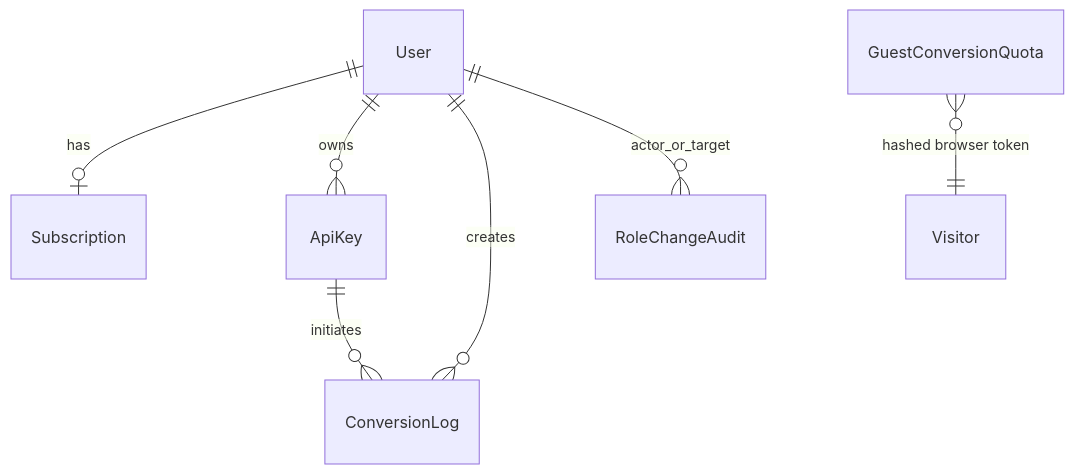
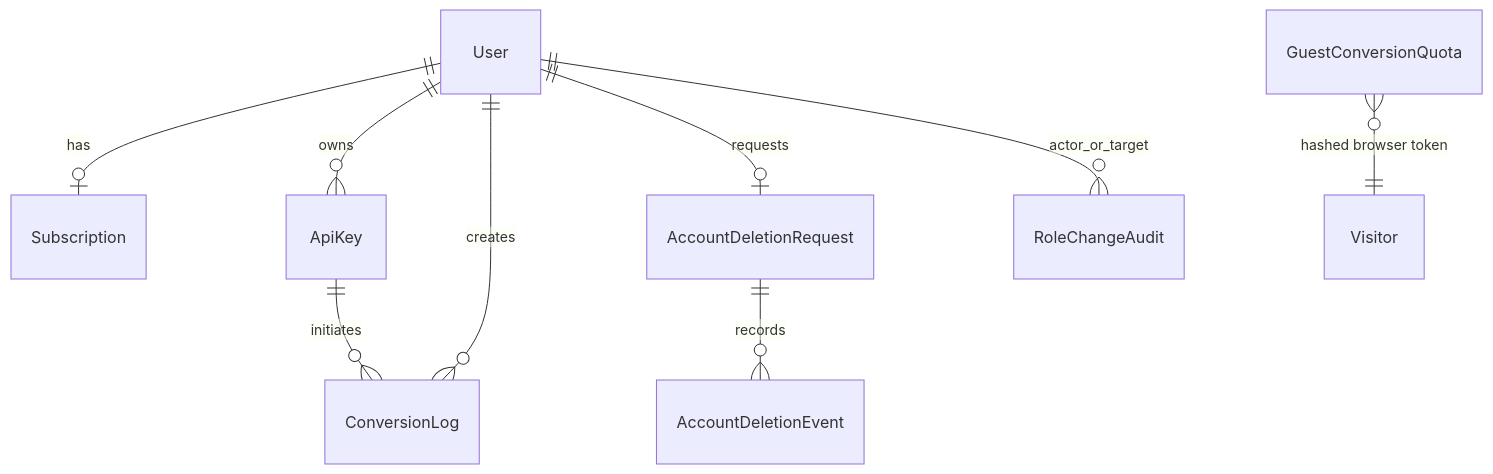
One commit to OlegBon/ip-js_plus_deep_ai-2026-07 changed the diagram in convertly-hub/docs/guides/database.md. Above: the diagram before and after it, drawn with Mermaid. The commit also changed other lines of this file and 9 other files, not shown here.

````diff
--- a/convertly-hub/docs/guides/database.md
+++ b/convertly-hub/docs/guides/database.md
@@ -25,9 +25,11 @@
 ```mermaid
 erDiagram
   User ||--o| Subscription : has
   User ||--o{ ApiKey : owns
   User ||--o{ ConversionLog : creates
+  User ||--o| AccountDeletionRequest : requests
+  AccountDeletionRequest ||--o{ AccountDeletionEvent : records
   ApiKey ||--o{ ConversionLog : initiates
   User ||--o{ RoleChangeAudit : actor_or_target
   GuestConversionQuota }o--|| Visitor : "hashed browser token"
 ```
````
